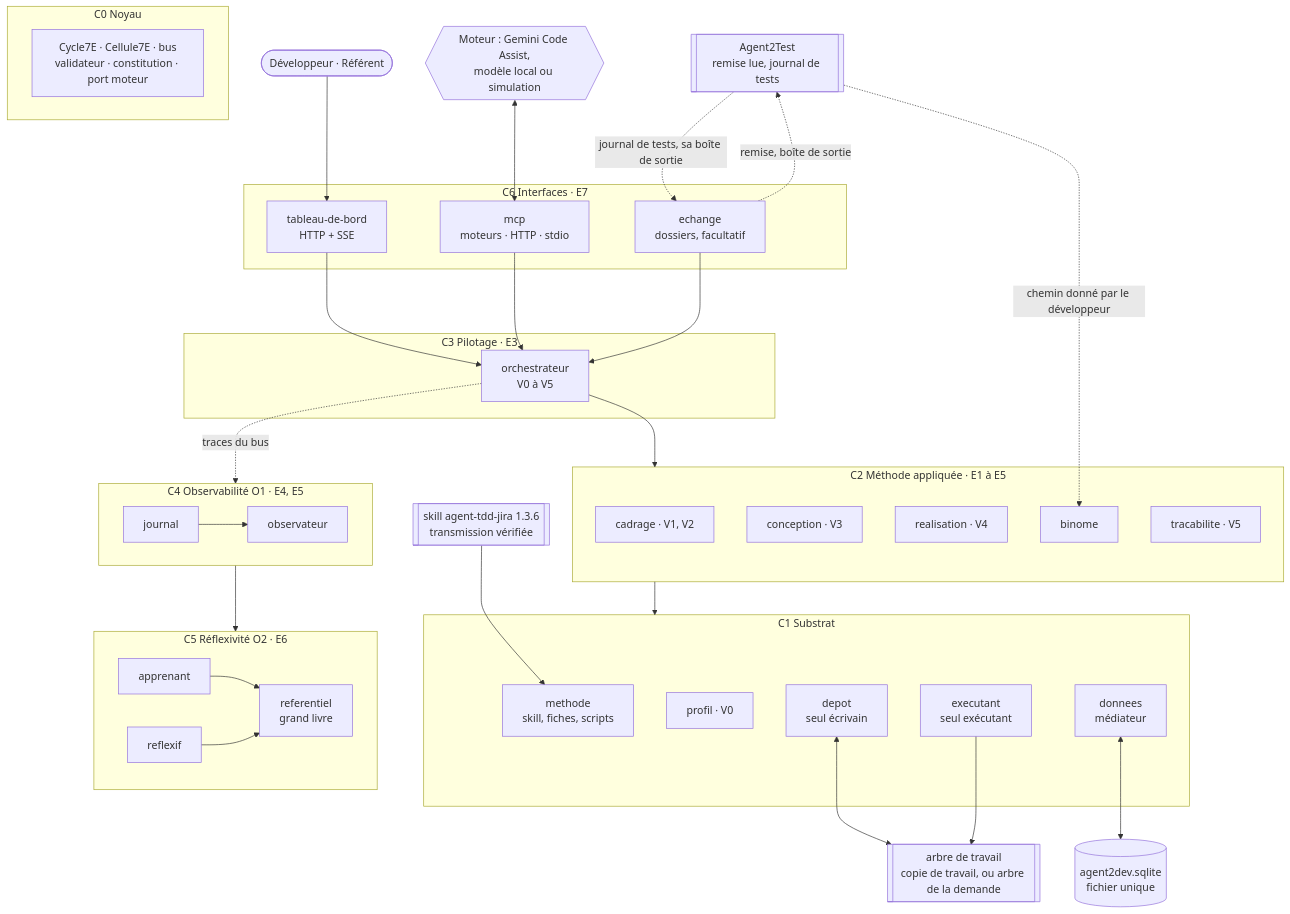
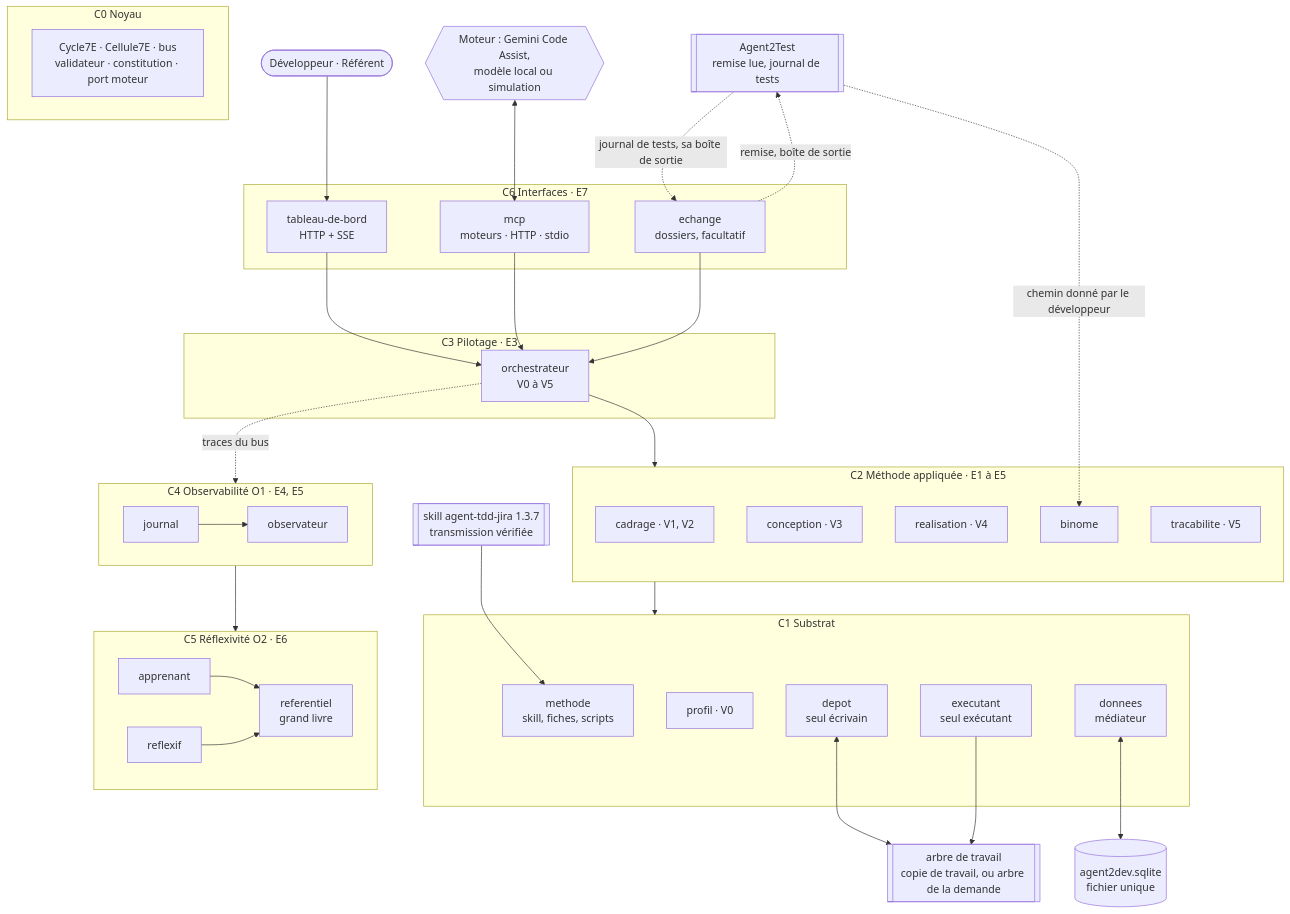
Before and after one commit to FredGarcia/Agent2Prompt: the diagram in specs/agent2dev/SKILL.md, drawn with Mermaid. The commit also changed other lines of this file and 98 other files, not shown here.

````diff
--- a/specs/agent2dev/SKILL.md
+++ b/specs/agent2dev/SKILL.md
@@ -72,57 +72,57 @@
 ```mermaid
 flowchart TB
   DEV(["Développeur · Référent"])
   GEM{{"Moteur : Gemini Code Assist,<br/>modèle local ou simulation"}}
-  SK[["skill agent-tdd-jira 1.3.6<br/>transmission vérifiée"]]
+  SK[["skill agent-tdd-jira 1.3.7<br/>transmission vérifiée"]]
   A2T[["Agent2Test<br/>remise lue, journal de tests"]]
   subgraph C6["C6 Interfaces · E7"]
     TDB["tableau-de-bord<br/>HTTP + SSE"]
     MCP["mcp<br/>moteurs · HTTP · stdio"]
     ECH["echange<br/>dossiers, facultatif"]
   end
   subgraph C3["C3 Pilotage · E3"]
     ORC["orchestrateur<br/>V0 à V5"]
   end
   subgraph C2["C2 Méthode appliquée · E1 à E5"]
     CAD["cadrage · V1, V2"]
     CON["conception · V3"]
     REA["realisation · V4"]
     BIN["binome"]
     TRA["tracabilite · V5"]
   end
   subgraph C1["C1 Substrat"]
     MET["methode<br/>skill, fiches, scripts"]
     PRO["profil · V0"]
     DEP["depot<br/>seul écrivain"]
     EXE["executant<br/>seul exécutant"]
     DON["donnees<br/>médiateur"]
   end
   subgraph C0["C0 Noyau"]
     K["Cycle7E · Cellule7E · bus<br/>validateur · constitution · port moteur"]
   end
   subgraph C4["C4 Observabilité O1 · E4, E5"]
     JRN["journal"] --> OBS["observateur"]
   end
   subgraph C5["C5 Réflexivité O2 · E6"]
     APP["apprenant"] --> REF["referentiel<br/>grand livre"]
     RFX["reflexif"] --> REF
   end
   PROJ[["arbre de travail<br/>copie de travail, ou arbre de la demande"]]
   BDD[("agent2dev.sqlite<br/>fichier unique")]
   DEV --> TDB
   GEM <--> MCP
   TDB --> ORC
   MCP --> ORC
   ECH --> ORC
   ORC --> C2
   C2 --> C1
   SK --> MET
   A2T -.->|"chemin donné par le développeur"| BIN
   ECH -.->|"remise, boîte de sortie"| A2T
   A2T -.->|"journal de tests, sa boîte de sortie"| ECH
   DEP <--> PROJ
   EXE --> PROJ
   DON <--> BDD
   ORC -.->|"traces du bus"| C4
   C4 --> C5
 ```
````
